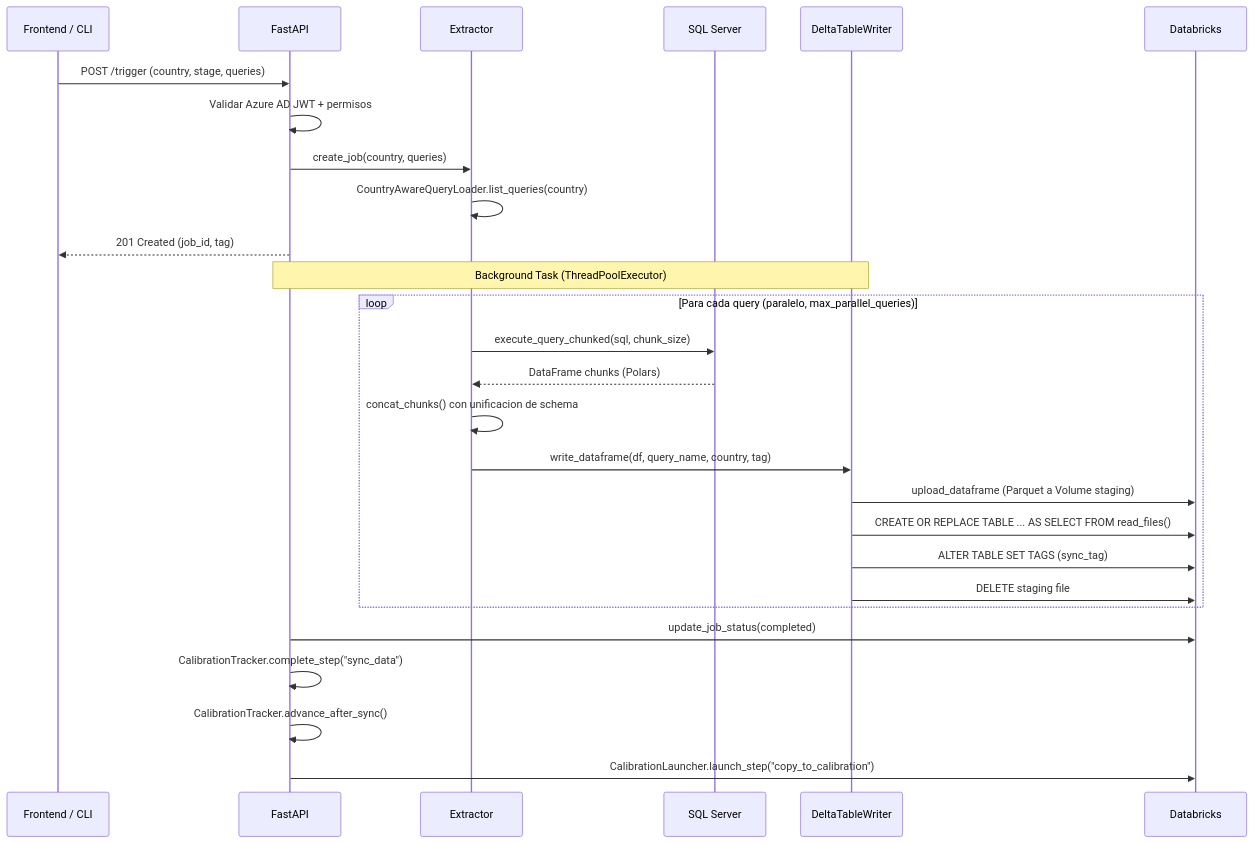
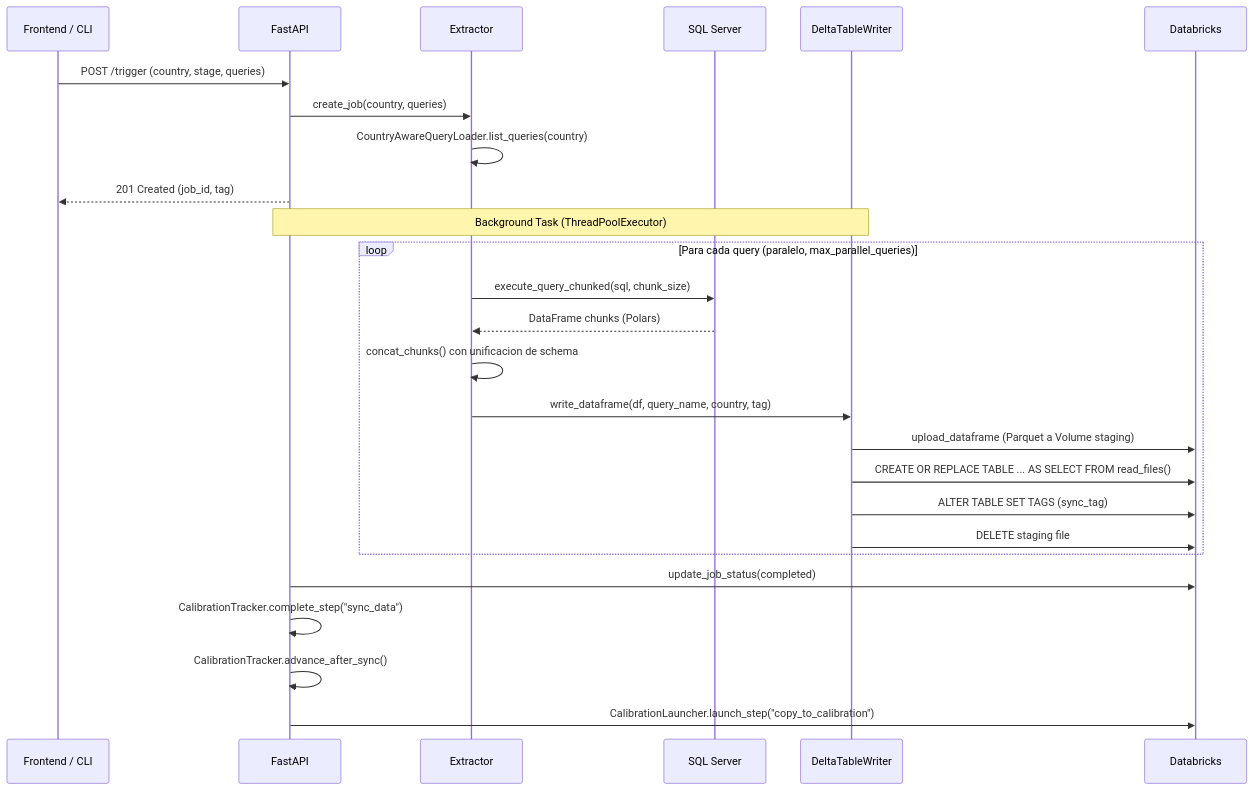
Before and after one commit to jaalduna/sql-databricks-bridge: the second of 8 diagrams in docs/backend-documentation.md, drawn with Mermaid. The commit also changed other lines of this file and 10 other files, not shown here.

First line of the commit message:
docs: update backend and frontend documentation, remove obsolete diagrams

````diff
--- a/docs/backend-documentation.md
+++ b/docs/backend-documentation.md
@@ -183,33 +167,32 @@
 ```mermaid
 sequenceDiagram
     participant F as Frontend / CLI
     participant API as FastAPI
     participant E as Extractor
     participant SQL as SQL Server
     participant DW as DeltaTableWriter
     participant DB as Databricks
 
     F->>API: POST /trigger (country, stage, queries)
-    API->>API: Validar Azure AD JWT + permisos
     API->>E: create_job(country, queries)
     E->>E: CountryAwareQueryLoader.list_queries(country)
     API-->>F: 201 Created (job_id, tag)
 
     Note over API,DW: Background Task (ThreadPoolExecutor)
 
     loop Para cada query (paralelo, max_parallel_queries)
         E->>SQL: execute_query_chunked(sql, chunk_size)
         SQL-->>E: DataFrame chunks (Polars)
         E->>E: concat_chunks() con unificacion de schema
         E->>DW: write_dataframe(df, query_name, country, tag)
         DW->>DB: upload_dataframe (Parquet a Volume staging)
         DW->>DB: CREATE OR REPLACE TABLE ... AS SELECT FROM read_files()
         DW->>DB: ALTER TABLE SET TAGS (sync_tag)
         DW->>DB: DELETE staging file
     end
 
     API->>DB: update_job_status(completed)
     API->>API: CalibrationTracker.complete_step("sync_data")
     API->>API: CalibrationTracker.advance_after_sync()
     API->>DB: CalibrationLauncher.launch_step("copy_to_calibration")
 ```
````
